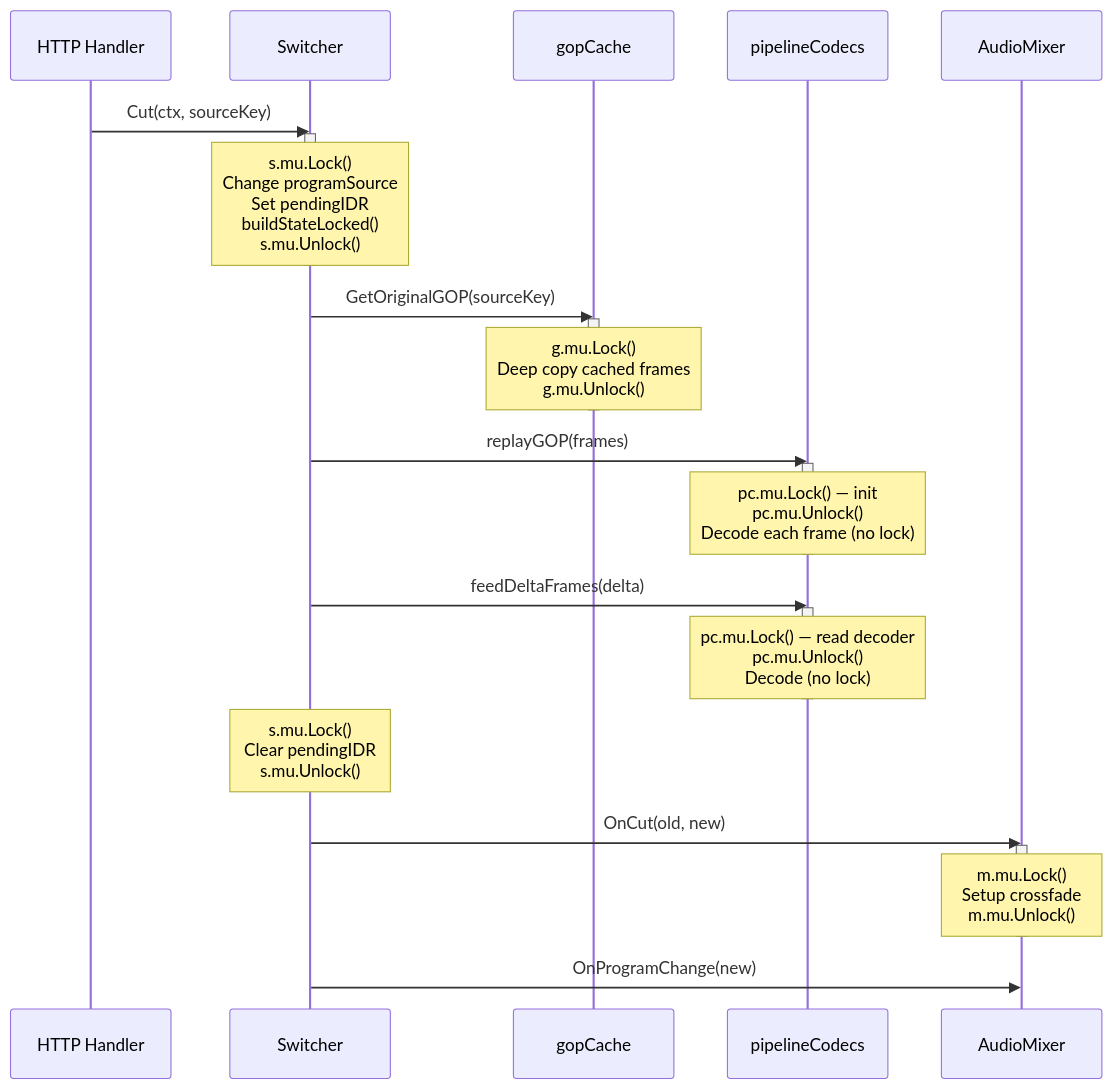
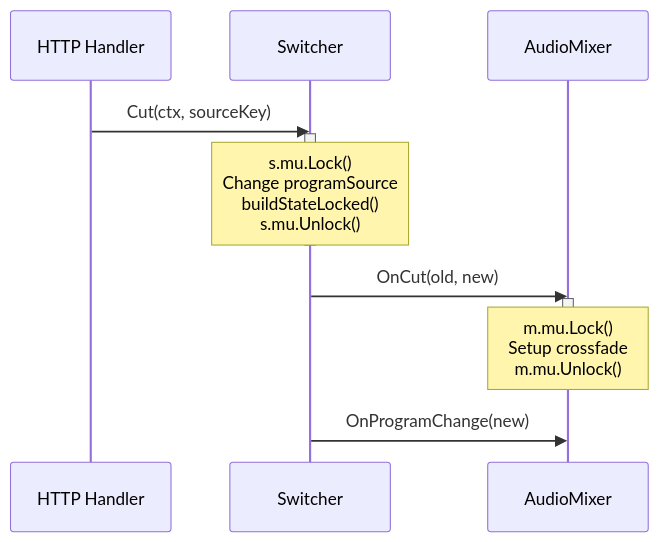
The fifth of 8 diagrams in docs/locking-and-concurrency.md (zsiec/switchframe), drawn with Mermaid before and after one commit. The commit also changed other lines of this file and 2 other files, not shown here.

First line of the commit message:
docs: update architecture and locking docs for always-decode

````diff
--- a/docs/locking-and-concurrency.md
+++ b/docs/locking-and-concurrency.md
@@ -266,37 +264,18 @@
 ```mermaid
 sequenceDiagram
     participant API as HTTP Handler
     participant SW as Switcher
-    participant GC as gopCache
-    participant PC as pipelineCodecs
     participant MX as AudioMixer
 
     API->>SW: Cut(ctx, sourceKey)
     activate SW
-    Note over SW: s.mu.Lock()<br/>Change programSource<br/>Set pendingIDR<br/>buildStateLocked()<br/>s.mu.Unlock()
+    Note over SW: s.mu.Lock()<br/>Change programSource<br/>buildStateLocked()<br/>s.mu.Unlock()
     deactivate SW
-
-    SW->>GC: GetOriginalGOP(sourceKey)
-    activate GC
-    Note over GC: g.mu.Lock()<br/>Deep copy cached frames<br/>g.mu.Unlock()
-    deactivate GC
-
-    SW->>PC: replayGOP(frames)
-    activate PC
-    Note over PC: pc.mu.Lock() — init<br/>pc.mu.Unlock()<br/>Decode each frame (no lock)
-    deactivate PC
-
-    SW->>PC: feedDeltaFrames(delta)
-    activate PC
-    Note over PC: pc.mu.Lock() — read decoder<br/>pc.mu.Unlock()<br/>Decode (no lock)
-    deactivate PC
-
-    Note over SW: s.mu.Lock()<br/>Clear pendingIDR<br/>s.mu.Unlock()
 
     SW->>MX: OnCut(old, new)
     activate MX
     Note over MX: m.mu.Lock()<br/>Setup crossfade<br/>m.mu.Unlock()
     deactivate MX
 
     SW->>MX: OnProgramChange(new)
 ```
````
